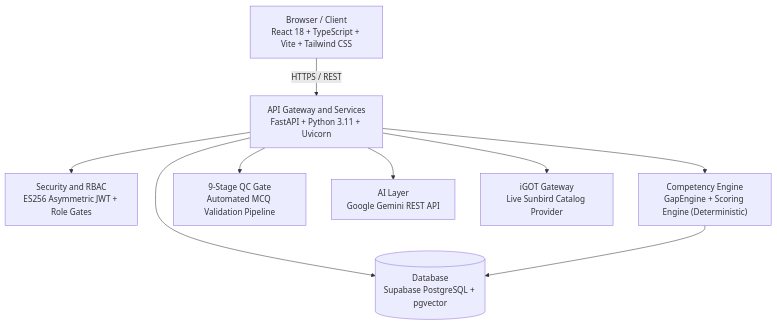
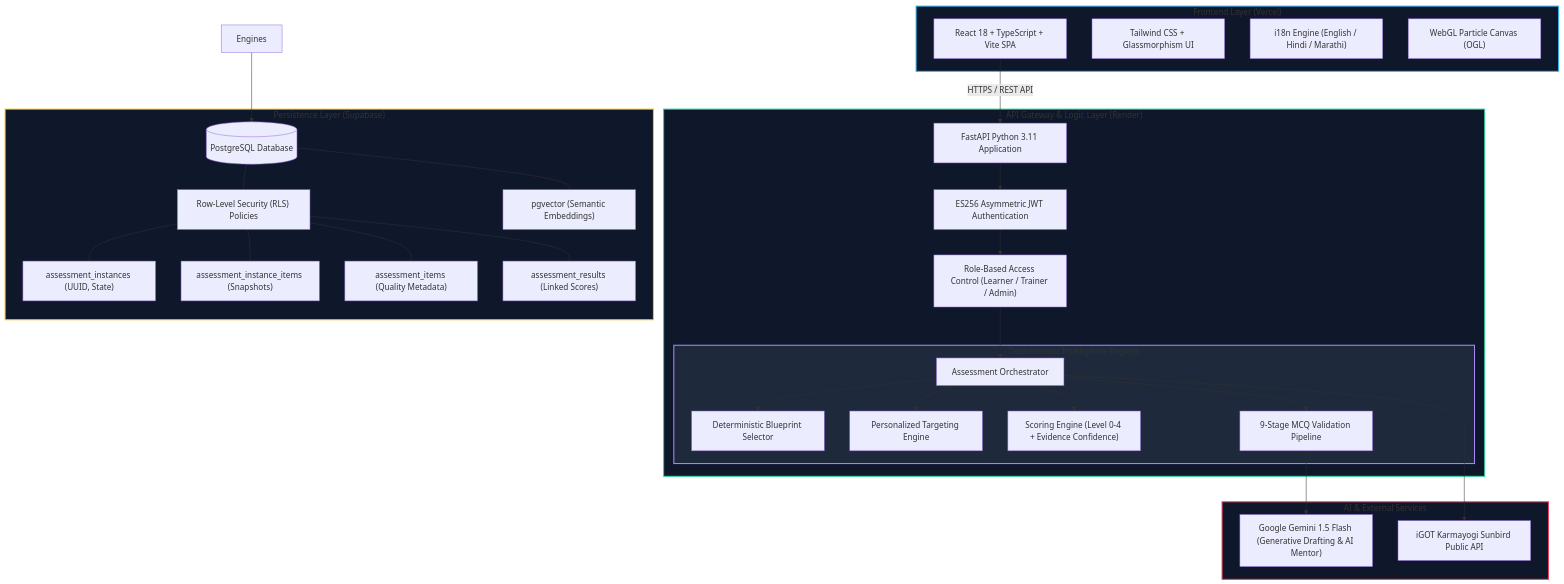
The second of 2 diagrams in README.md (TechStrikers-39/VYREN), drawn with Mermaid before and after one commit. The commit also changed other lines of this file, not shown here.

````diff
--- a/README.md
+++ b/README.md
@@ -187,20 +309,62 @@
 ```mermaid
 graph TD
-    Client["Browser / Client\nReact 18 + TypeScript + Vite + Tailwind CSS"]
-    API["API Gateway and Services\nFastAPI + Python 3.11 + Uvicorn"]
-    Auth["Security and RBAC\nES256 Asymmetric JWT + Role Gates"]
-    CompEngine["Competency Engine\nGapEngine + Scoring Engine (Deterministic)"]
-    Validator["9-Stage QC Gate\nAutomated MCQ Validation Pipeline"]
-    AI["AI Layer\nGoogle Gemini REST API"]
-    iGOT["iGOT Gateway\nLive Sunbird Catalog Provider"]
-    DB[("Database\nSupabase PostgreSQL + pgvector")]
+    subgraph CLIENT ["Frontend Layer (Vercel)"]
+        UI["React 18 + TypeScript + Vite SPA"]
+        Tailwind["Tailwind CSS + Glassmorphism UI"]
+        i18nEngine["i18n Engine (English / Hindi / Marathi)"]
+        Canvas["WebGL Particle Canvas (OGL)"]
+    end
 
-    Client -->|HTTPS / REST| API
-    API --> Auth
-    API --> CompEngine
-    API --> Validator
-    API --> AI
-    API --> iGOT
-    API --> DB
-    CompEngine --> DB
+    subgraph GATEWAY ["API Gateway & Logic Layer (Render)"]
+        FastAPI["FastAPI Python 3.11 Application"]
+        AuthModule["ES256 Asymmetric JWT Authentication"]
+        RBAC["Role-Based Access Control (Learner / Trainer / Admin)"]
+        
+        subgraph ENGINES ["Deterministic Intelligence Engines"]
+            Orchestrator["Assessment Orchestrator"]
+            BlueprintEngine["Deterministic Blueprint Selector"]
+            TargetingEngine["Personalized Targeting Engine"]
+            ScoringEngine["Scoring Engine (Level 0-4 + Evidence Confidence)"]
+            ValidationGate["9-Stage MCQ Validation Pipeline"]
+        end
+    end
+
+    subgraph AI_SERVICES ["AI & External Services"]
+        Gemini["Google Gemini 1.5 Flash (Generative Drafting & AI Mentor)"]
+        iGOTSunbird["iGOT Karmayogi Sunbird Public API"]
+    end
+
+    subgraph DATA_LAYER ["Persistence Layer (Supabase)"]
+        PG[("PostgreSQL Database")]
+        RLS["Row-Level Security (RLS) Policies"]
+        Instances["assessment_instances (UUID, State)"]
+        InstanceItems["assessment_instance_items (Snapshots)"]
+        ItemBank["assessment_items (Quality Metadata)"]
+        Results["assessment_results (Linked Scores)"]
+        PGVector["pgvector (Semantic Embeddings)"]
+    end
+
+    UI -->|HTTPS / REST API| FastAPI
+    FastAPI --> AuthModule
+    AuthModule --> RBAC
+    RBAC --> Orchestrator
+    Orchestrator --> BlueprintEngine
+    Orchestrator --> TargetingEngine
+    Orchestrator --> ScoringEngine
+    Orchestrator --> ValidationGate
+    ValidationGate --> Gemini
+    Orchestrator --> iGOTSunbird
+    Engines --> PG
+    PG --- RLS
+    RLS --- Instances
+    RLS --- InstanceItems
+    RLS --- ItemBank
+    RLS --- Results
+    PG --- PGVector
+
+    style CLIENT fill:#0f172a,stroke:#38bdf8,stroke-width:2px
+    style GATEWAY fill:#0f172a,stroke:#34d399,stroke-width:2px
+    style ENGINES fill:#1e293b,stroke:#a78bfa,stroke-width:2px
+    style AI_SERVICES fill:#0f172a,stroke:#f43f5e,stroke-width:2px
+    style DATA_LAYER fill:#0f172a,stroke:#fbbf24,stroke-width:2px
 ```
````
